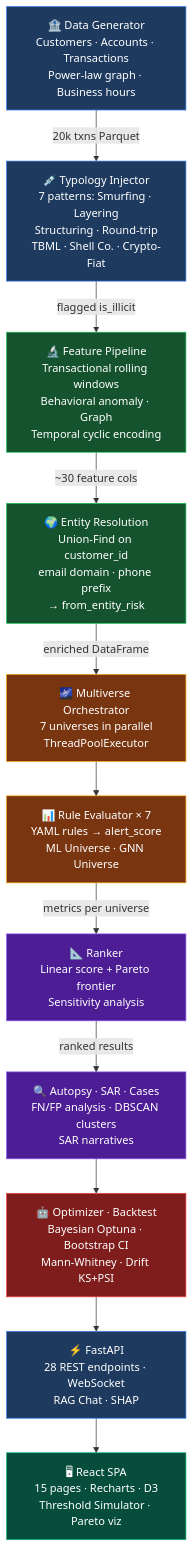
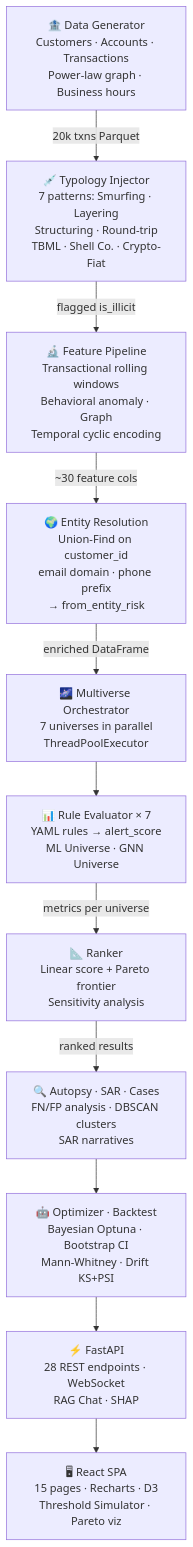
The first of 23 diagrams in README.md (gregorizeidler/AML-multiverse-simulator), drawn with Mermaid before and after one commit. The commit also changed other lines of this file, not shown here.

Commit message:
fix: remove all custom mermaid style directives incompatible with GitHub renderer

````diff
--- a/README.md
+++ b/README.md
@@ -363,26 +363,15 @@
 ```mermaid
 flowchart TD
-    style A fill:#1e3a5f,stroke:#3b82f6,color:#fff
-    style B fill:#1e3a5f,stroke:#3b82f6,color:#fff
-    style C fill:#14532d,stroke:#22c55e,color:#fff
-    style D fill:#14532d,stroke:#22c55e,color:#fff
-    style E fill:#78350f,stroke:#f59e0b,color:#fff
-    style F fill:#78350f,stroke:#f59e0b,color:#fff
-    style G fill:#4c1d95,stroke:#8b5cf6,color:#fff
-    style H fill:#4c1d95,stroke:#8b5cf6,color:#fff
-    style I fill:#7f1d1d,stroke:#ef4444,color:#fff
-    style J fill:#1e3a5f,stroke:#3b82f6,color:#fff
-    style K fill:#064e3b,stroke:#10b981,color:#fff
 
     A["🏦 Data Generator\nCustomers · Accounts · Transactions\nPower-law graph · Business hours"] -->|"20k txns Parquet"| B
     B["💉 Typology Injector\n7 patterns: Smurfing · Layering\nStructuring · Round-trip\nTBML · Shell Co. · Crypto-Fiat"] -->|"flagged is_illicit"| C
     C["🔬 Feature Pipeline\nTransactional rolling windows\nBehavioral anomaly · Graph\nTemporal cyclic encoding"] -->|"~30 feature cols"| D
     D["🌍 Entity Resolution\nUnion-Find on customer_id\nemail domain · phone prefix\n→ from_entity_risk"] -->|"enriched DataFrame"| E
     E["🌌 Multiverse Orchestrator\n7 universes in parallel\nThreadPoolExecutor"] --> F
     F["📊 Rule Evaluator × 7\nYAML rules → alert_score\nML Universe · GNN Universe"] -->|"metrics per universe"| G
     G["📐 Ranker\nLinear score + Pareto frontier\nSensitivity analysis"] -->|"ranked results"| H
     H["🔍 Autopsy · SAR · Cases\nFN/FP analysis · DBSCAN clusters\nSAR narratives"] --> I
     I["🤖 Optimizer · Backtest\nBayesian Optuna · Bootstrap CI\nMann-Whitney · Drift KS+PSI"] --> J
     J["⚡ FastAPI\n28 REST endpoints · WebSocket\nRAG Chat · SHAP"] --> K
     K["🖥 React SPA\n15 pages · Recharts · D3\nThreshold Simulator · Pareto viz"]
 ```
````
